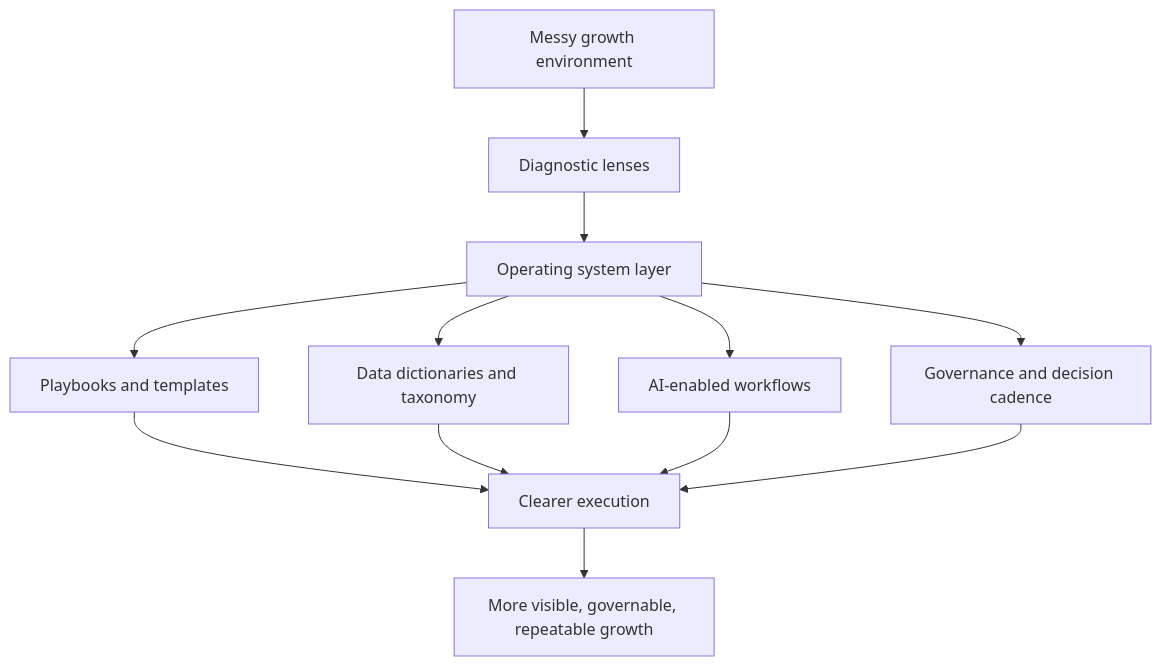
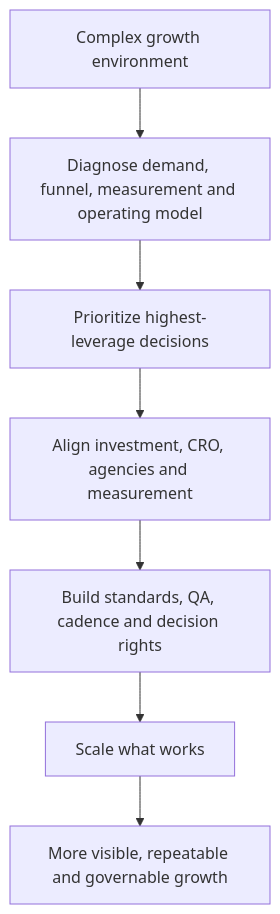
One commit to silvermanjared-web/growth-architecture-os changed the diagram in README.md. Above: the diagram before and after it, drawn with Mermaid. The commit also changed other lines of this file and 31 other files, not shown here.

````diff
--- a/README.md
+++ b/README.md
@@ -40,14 +38,9 @@
 ```mermaid
 flowchart TD
-    A[Messy growth environment] --> B[Diagnostic lenses]
-    B --> C[Operating system layer]
-    C --> D[Playbooks and templates]
-    C --> E[Data dictionaries and taxonomy]
-    C --> F[AI-enabled workflows]
-    C --> G[Governance and decision cadence]
-    D --> H[Clearer execution]
-    E --> H
-    F --> H
-    G --> H
-    H --> I[More visible, governable, repeatable growth]
+    A[Complex growth environment] --> B[Diagnose demand, funnel, measurement and operating model]
+    B --> C[Prioritize highest-leverage decisions]
+    C --> D[Align investment, CRO, agencies and measurement]
+    D --> E[Build standards, QA, cadence and decision rights]
+    E --> F[Scale what works]
+    F --> G[More visible, repeatable and governable growth]
 ```
````
